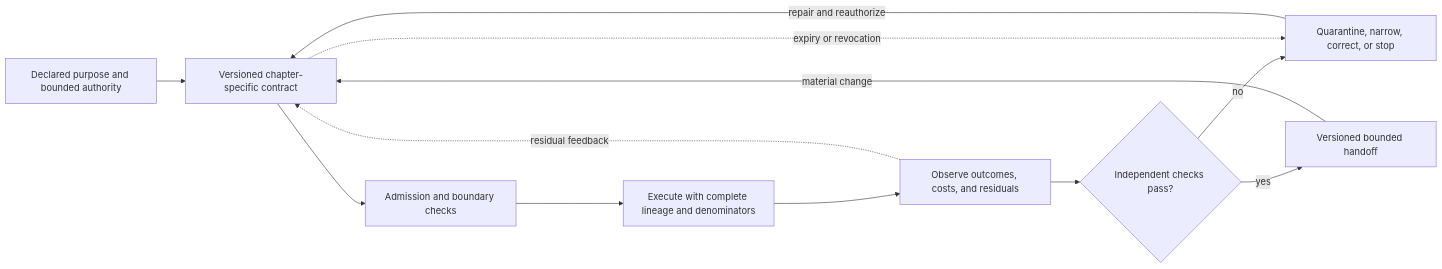
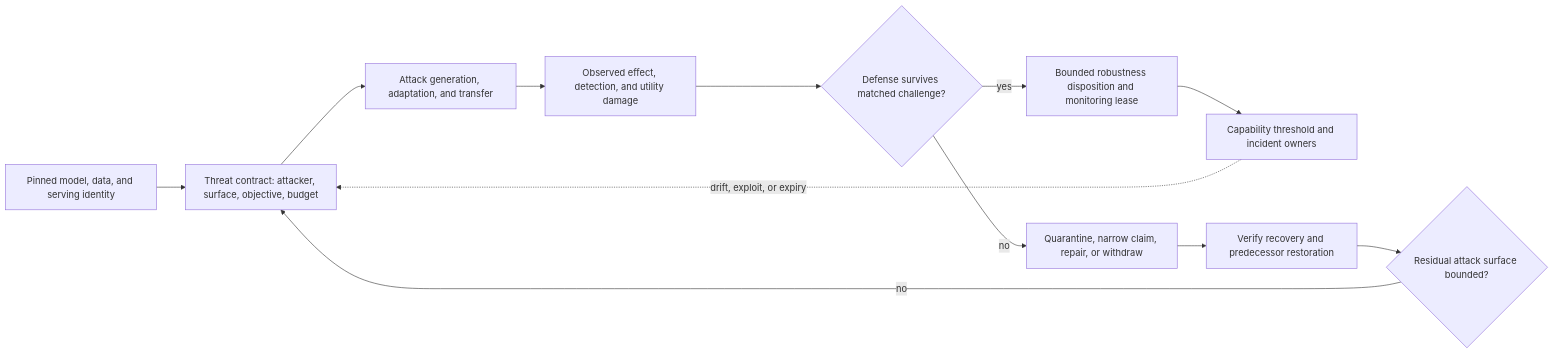
Before and after one commit to corbensorenson/asi-stack-book: the diagram in chapters/adversarial-machine-learning-and-model-attack-surface.qmd, drawn with Mermaid. The commit also changed other lines of this file and 51 other files, not shown here.

Commit message:
Complete W3 chapter inheritance guard

````diff
--- a/chapters/adversarial-machine-learning-and-model-attack-surface.qmd
+++ b/chapters/adversarial-machine-learning-and-model-attack-surface.qmd
@@ -78,14 +67,14 @@
 ```{mermaid}
 flowchart LR
-  A["Declared purpose and bounded authority"] --> B["Versioned chapter-specific contract"]
-  B["Versioned chapter-specific contract"] --> C["Admission and boundary checks"]
-  C["Admission and boundary checks"] --> D["Execute with complete lineage and denominators"]
-  D["Execute with complete lineage and denominators"] --> E["Observe outcomes, costs, and residuals"]
-  E["Observe outcomes, costs, and residuals"] --> F{"Independent checks pass?"}
-  F -- "no" --> G["Quarantine, narrow, correct, or stop"]
-  F -- "yes" --> H["Versioned bounded handoff"]
-  G -- "repair and reauthorize" --> B
-  H -- "material change" --> B
-  B -. "expiry or revocation" .-> G
-  E -. "residual feedback" .-> B
+  M["Pinned model, data, and serving identity"] --> T["Threat contract: attacker, surface, objective, budget"]
+  T --> A["Attack generation, adaptation, and transfer"]
+  A --> O["Observed effect, detection, and utility damage"]
+  O --> D{"Defense survives matched challenge?"}
+  D -- "no" --> Q["Quarantine, narrow claim, repair, or withdraw"]
+  D -- "yes" --> R["Bounded robustness disposition and monitoring lease"]
+  R --> C["Capability threshold and incident owners"]
+  C -. "drift, exploit, or expiry" .-> T
+  Q --> V["Verify recovery and predecessor restoration"]
+  V --> S{"Residual attack surface bounded?"}
+  S -- "no" --> T
 ```
````
